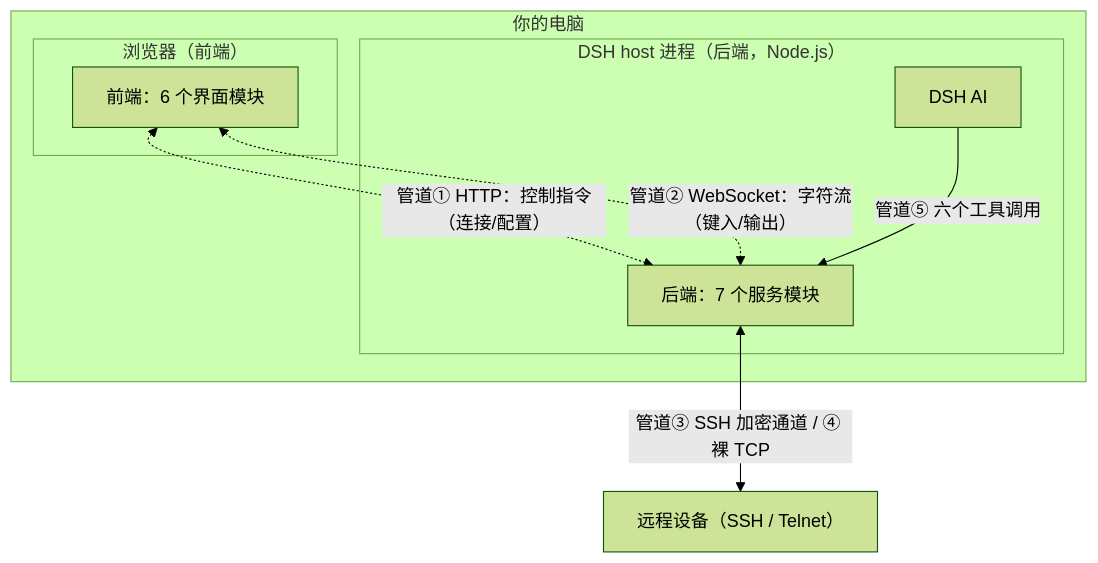
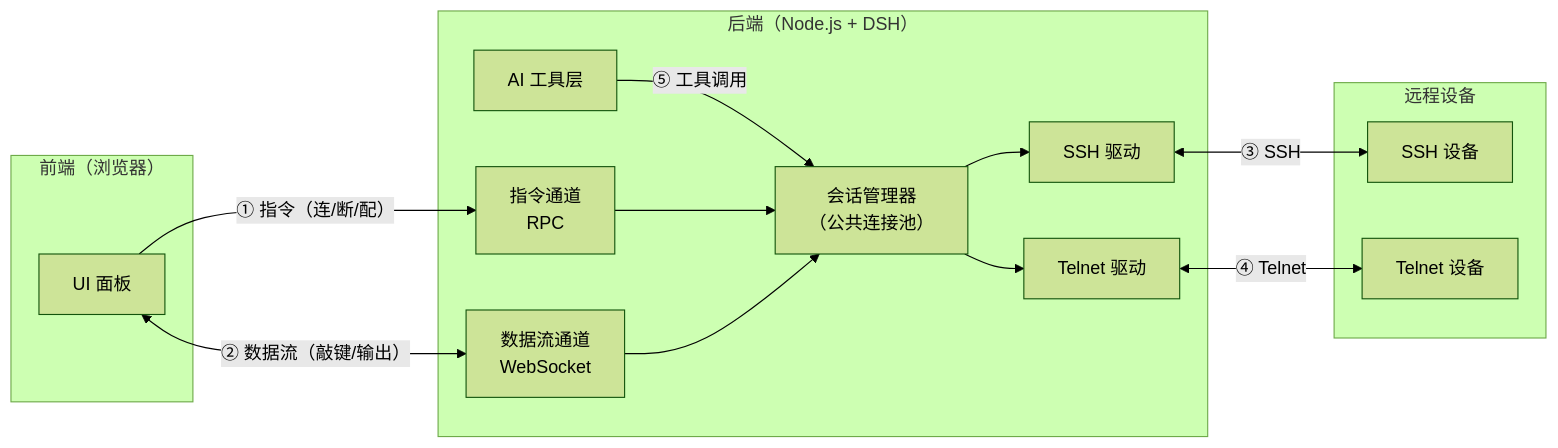
One commit to peng7peng/dsh-terminal-manager changed the first of 16 diagrams in docs/solution.zh.md. Above: the diagram before and after it, drawn with Mermaid (forest theme). The commit also changed other lines of this file, not shown here.

Commit message:
方案 v4: 第三部分按人的逻辑重构——3.0 前后端模块地图（桥梁）→ 3.1 一模块一图 → 3.2 目录树+想改什么改哪里映射表

````diff
--- a/docs/solution.zh.md
+++ b/docs/solution.zh.md
@@ -68,18 +68,29 @@
 ```mermaid
-flowchart TB
-    subgraph 你的电脑
-        subgraph 浏览器["浏览器（前端）"]
-            FE["前端：6 个界面模块"]
-        end
-        subgraph host进程["DSH host 进程（后端，Node.js）"]
-            BE["后端：7 个服务模块"]
-            AI["DSH AI"]
-        end
+flowchart LR
+    subgraph 前端["前端（浏览器）"]
+        A["UI 面板"]
     end
-    DEV["远程设备（SSH / Telnet）"]
 
-    FE <-. "管道① HTTP：控制指令（连接/配置）" .-> BE
-    FE <-. "管道② WebSocket：字符流（键入/输出）" .-> BE
-    BE <-- "管道③ SSH 加密通道 / ④ 裸 TCP" --> DEV
-    AI -- "管道⑤ 六个工具调用" --> BE
+    subgraph 后端["后端（Node.js + DSH）"]
+        B["指令通道<br/>RPC"]
+        C["会话管理器<br/>（公共连接池）"]
+        D["数据流通道<br/>WebSocket"]
+        E["AI 工具层"]
+        F["SSH 驱动"]
+        G["Telnet 驱动"]
+    end
+
+    subgraph 设备["远程设备"]
+        H["SSH 设备"]
+        I["Telnet 设备"]
+    end
+
+    A -->|"① 指令（连/断/配）"| B
+    A <-->|"② 数据流（敲键/输出）"| D
+    E -->|"⑤ 工具调用"| C
+    B --> C
+    D --> C
+    C --> F & G
+    F <-->|"③ SSH"| H
+    G <-->|"④ Telnet"| I
 ```
````
